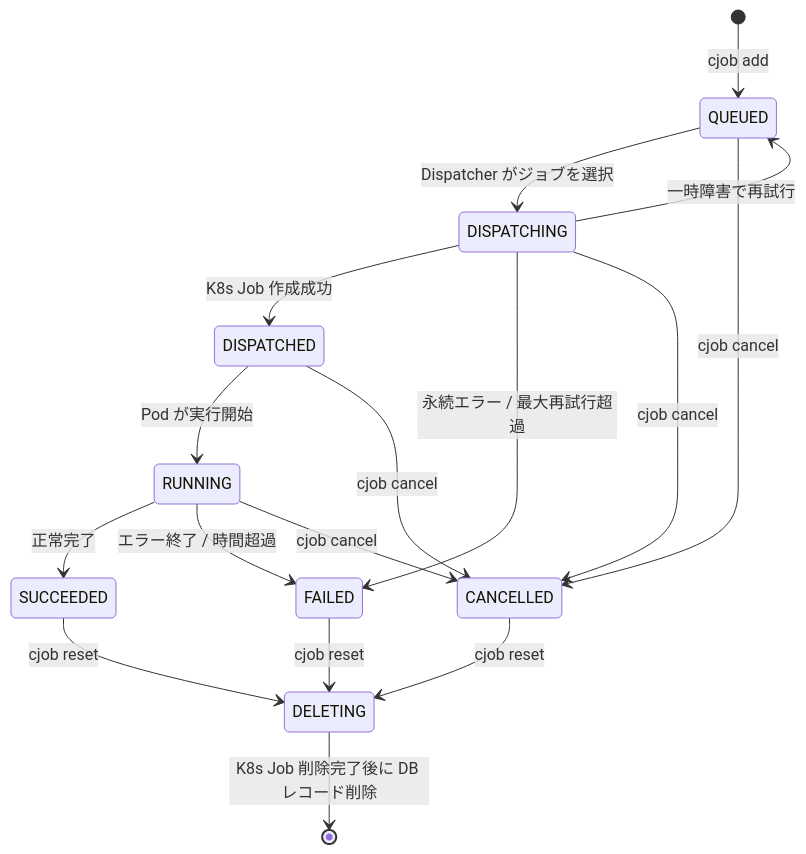
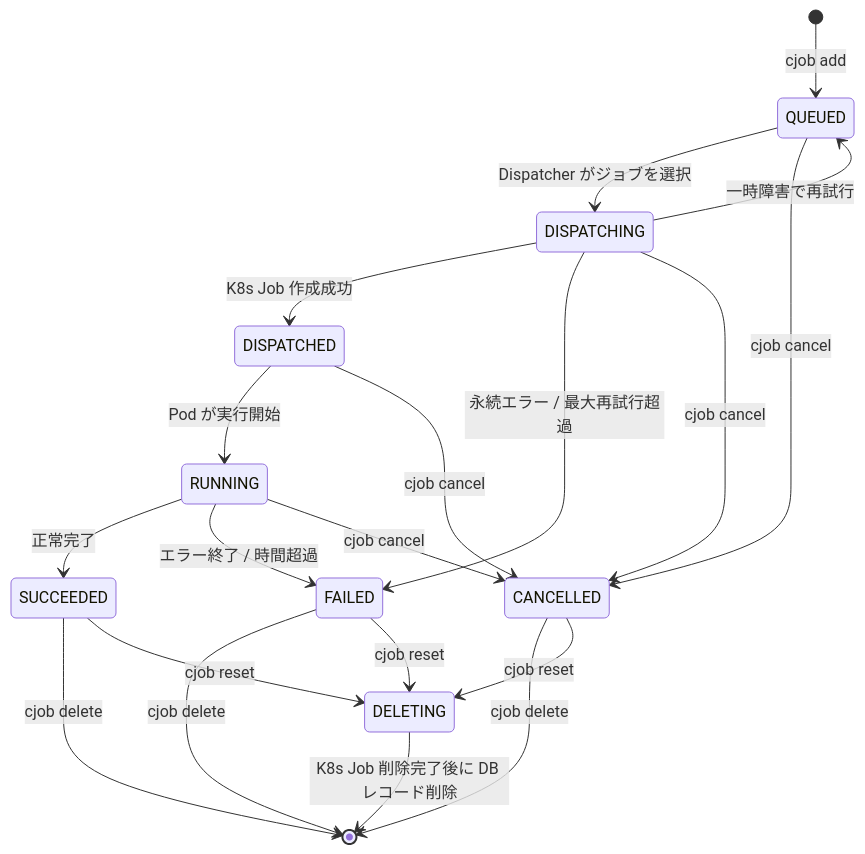
The diagram in README.md (Shu-Tanaka-Group/research-cluster-job-system), drawn with Mermaid before and after one commit. The commit also changed other lines of this file, not shown here.

Commit message:
Add cjob delete transition and reset/delete note to state diagram in README

````diff
--- a/README.md
+++ b/README.md
@@ -214,25 +214,29 @@
 ```mermaid
 stateDiagram-v2
     [*] --> QUEUED : cjob add
 
     QUEUED --> DISPATCHING : Dispatcher がジョブを選択
     QUEUED --> CANCELLED : cjob cancel
 
     DISPATCHING --> DISPATCHED : K8s Job 作成成功
     DISPATCHING --> QUEUED : 一時障害で再試行
     DISPATCHING --> FAILED : 永続エラー / 最大再試行超過
     DISPATCHING --> CANCELLED : cjob cancel
 
     DISPATCHED --> RUNNING : Pod が実行開始
     DISPATCHED --> CANCELLED : cjob cancel
 
     RUNNING --> SUCCEEDED : 正常完了
     RUNNING --> FAILED : エラー終了 / 時間超過
     RUNNING --> CANCELLED : cjob cancel
 
+    SUCCEEDED --> [*] : cjob delete
+    FAILED --> [*] : cjob delete
+    CANCELLED --> [*] : cjob delete
+
     SUCCEEDED --> DELETING : cjob reset
     FAILED --> DELETING : cjob reset
     CANCELLED --> DELETING : cjob reset
 
     DELETING --> [*] : K8s Job 削除完了後に DB レコード削除
 ```
````
